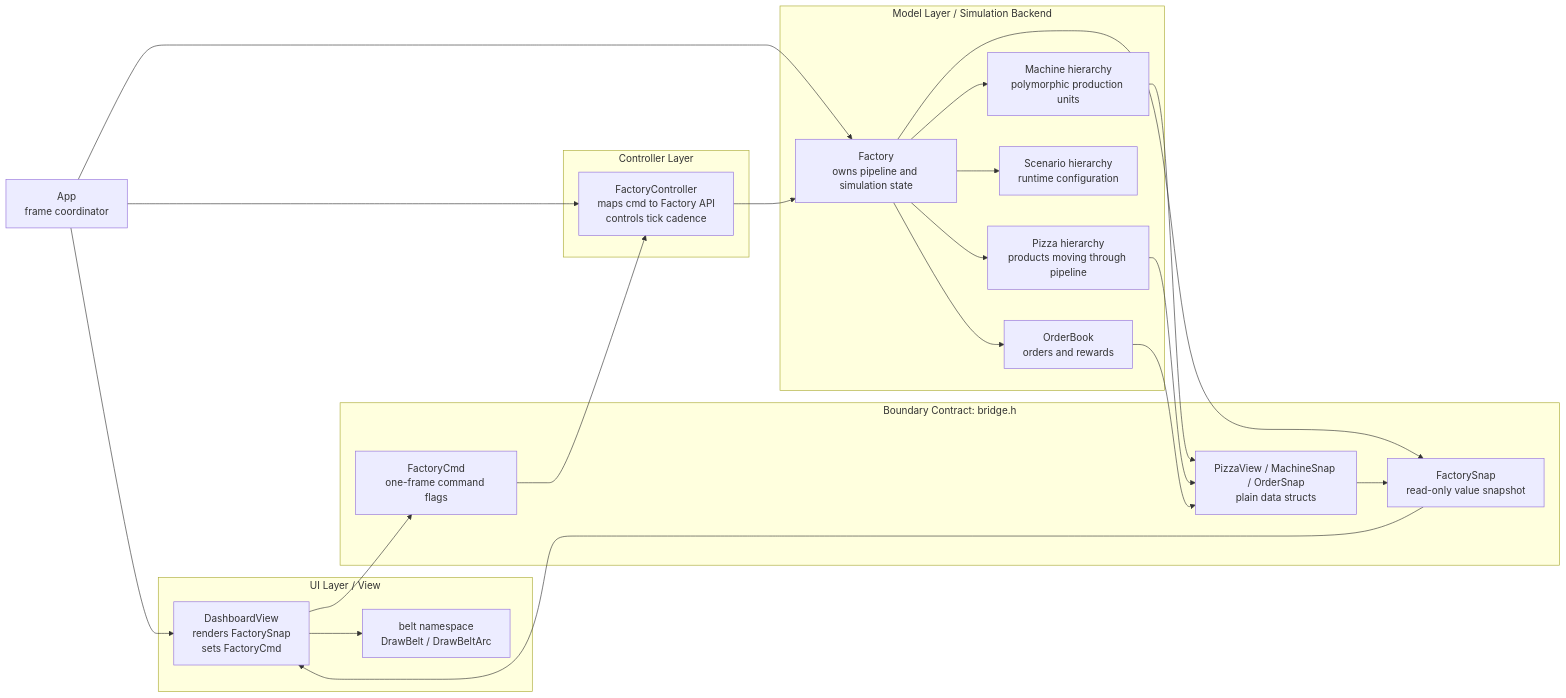
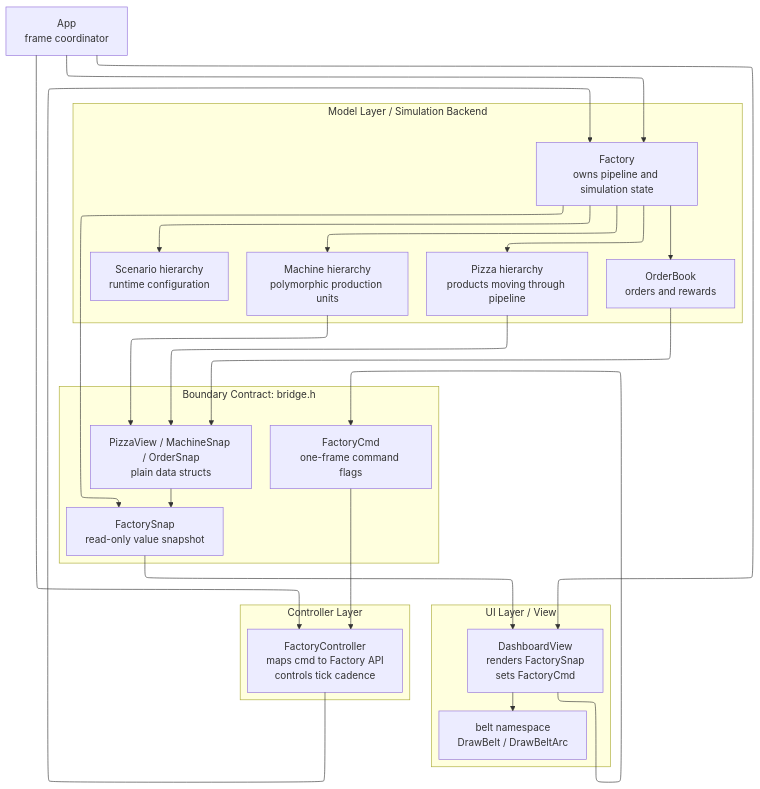
Before and after one commit to sb-p-0x7/Zzapi: the first of 9 diagrams in oop_architecture_diagrams.md, drawn with Mermaid. The commit also changed other lines of this file, not shown here.

Commit message:
Refactor architecture diagrams in markdown
Updated architecture diagrams with improved formatting and clarity.

````diff
--- a/oop_architecture_diagrams.md
+++ b/oop_architecture_diagrams.md
@@ -11,46 +11,66 @@
 ```mermaid
-flowchart LR
+---
+config:
+  layout: elk
+---
+flowchart TB
+    %% === UI Layer / View ===
     subgraph UI["UI Layer / View"]
-        DashboardView["DashboardView<br/>renders FactorySnap<br/>sets FactoryCmd"]
-        BeltRender["belt namespace<br/>DrawBelt / DrawBeltArc"]
+        class UI ui;
+        DashboardView["DashboardView<br>renders FactorySnap<br>sets FactoryCmd"]
+        BeltRender["belt namespace<br>DrawBelt / DrawBeltArc"]
     end
 
+    %% === Boundary Contract ===
     subgraph Boundary["Boundary Contract: bridge.h"]
-        FactorySnap["FactorySnap<br/>read-only value snapshot"]
-        FactoryCmd["FactoryCmd<br/>one-frame command flags"]
-        DTOs["PizzaView / MachineSnap / OrderSnap<br/>plain data structs"]
+        class Boundary boundary;
+        FactorySnap["FactorySnap<br>read-only value snapshot"]
+        FactoryCmd["FactoryCmd<br>one-frame command flags"]
+        DTOs["PizzaView / MachineSnap / OrderSnap<br>plain data structs"]
     end
 
+    %% === Controller Layer ===
     subgraph Control["Controller Layer"]
-        FactoryController["FactoryController<br/>maps cmd to Factory API<br/>controls tick cadence"]
+        class Control control;
+        FactoryController["FactoryController<br>maps cmd to Factory API<br>controls tick cadence"]
     end
 
+    %% === Model Layer / Simulation Backend ===
     subgraph Model["Model Layer / Simulation Backend"]
-        Factory["Factory<br/>owns pipeline and simulation state"]
-        Machine["Machine hierarchy<br/>polymorphic production units"]
-        Pizza["Pizza hierarchy<br/>products moving through pipeline"]
-        Scenario["Scenario hierarchy<br/>runtime configuration"]
-        OrderBook["OrderBook<br/>orders and rewards"]
+        class Model model;
+        Factory["Factory<br>owns pipeline and simulation state"]
+        Machine["Machine hierarchy<br>polymorphic production units"]
+        Pizza["Pizza hierarchy<br>products moving through pipeline"]
+        Scenario["Scenario hierarchy<br>runtime configuration"]
+        OrderBook["OrderBook<br>orders and rewards"]
     end
 
-    App["App<br/>frame coordinator"] --> DashboardView
+    %% === Connections ===
+    App["App<br>frame coordinator"] --> DashboardView
     App --> FactoryController
     App --> Factory
 
     Factory --> FactorySnap
+    Factory --> Machine
+    Factory --> Pizza
+    Factory --> Scenario
+    Factory --> OrderBook
+
     Machine --> DTOs
     Pizza --> DTOs
     OrderBook --> DTOs
     DTOs --> FactorySnap
+
     FactorySnap --> DashboardView
+    DashboardView --> FactoryCmd
+    DashboardView --> BeltRender
 
-    DashboardView --> FactoryCmd
     FactoryCmd --> FactoryController
     FactoryController --> Factory
 
-    DashboardView --> BeltRender
-    Factory --> Machine
-    Factory --> Pizza
-    Factory --> Scenario
-    Factory --> OrderBook
+    %% === Style Definitions ===
+    classDef ui stroke:#818cf8,fill:#eef2ff;
+    classDef boundary stroke:#a3e635,fill:#f7fee7;
+    classDef control stroke:#fb923c,fill:#fff7ed;
+    classDef model stroke:#2dd4bf,fill:#f0fdfa;
 ```
````
